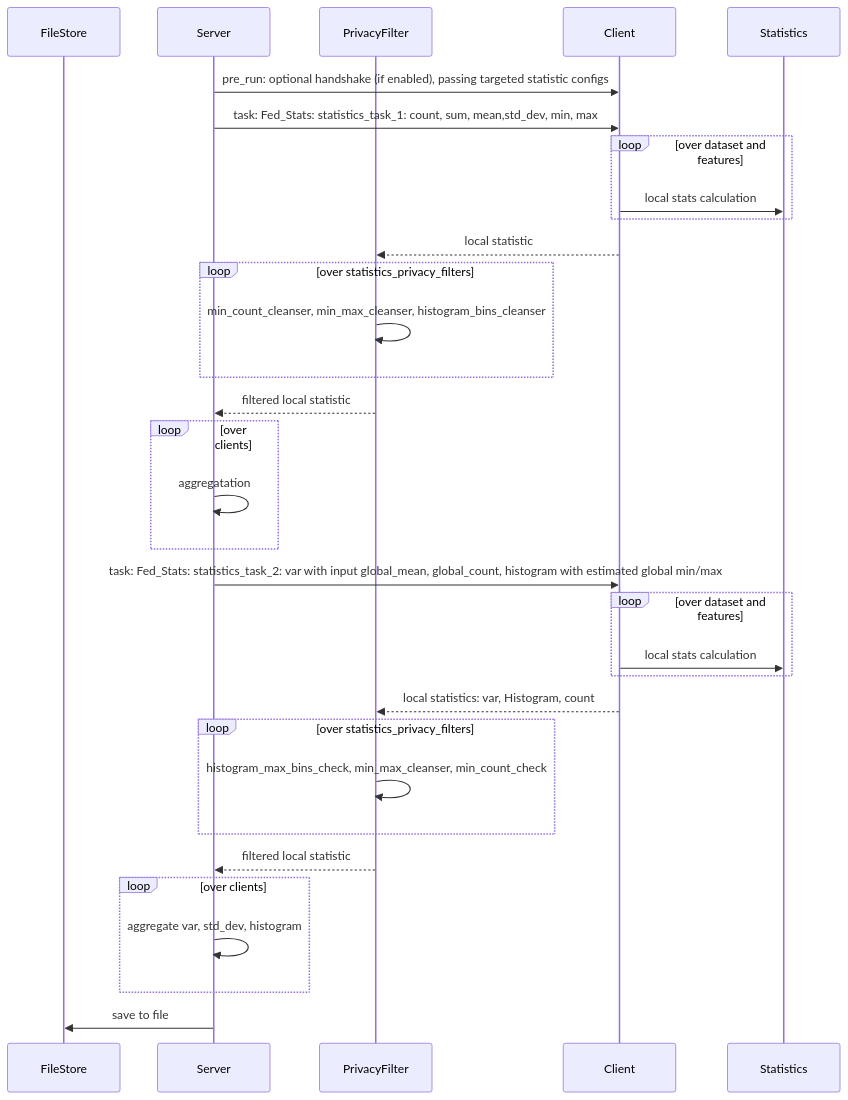
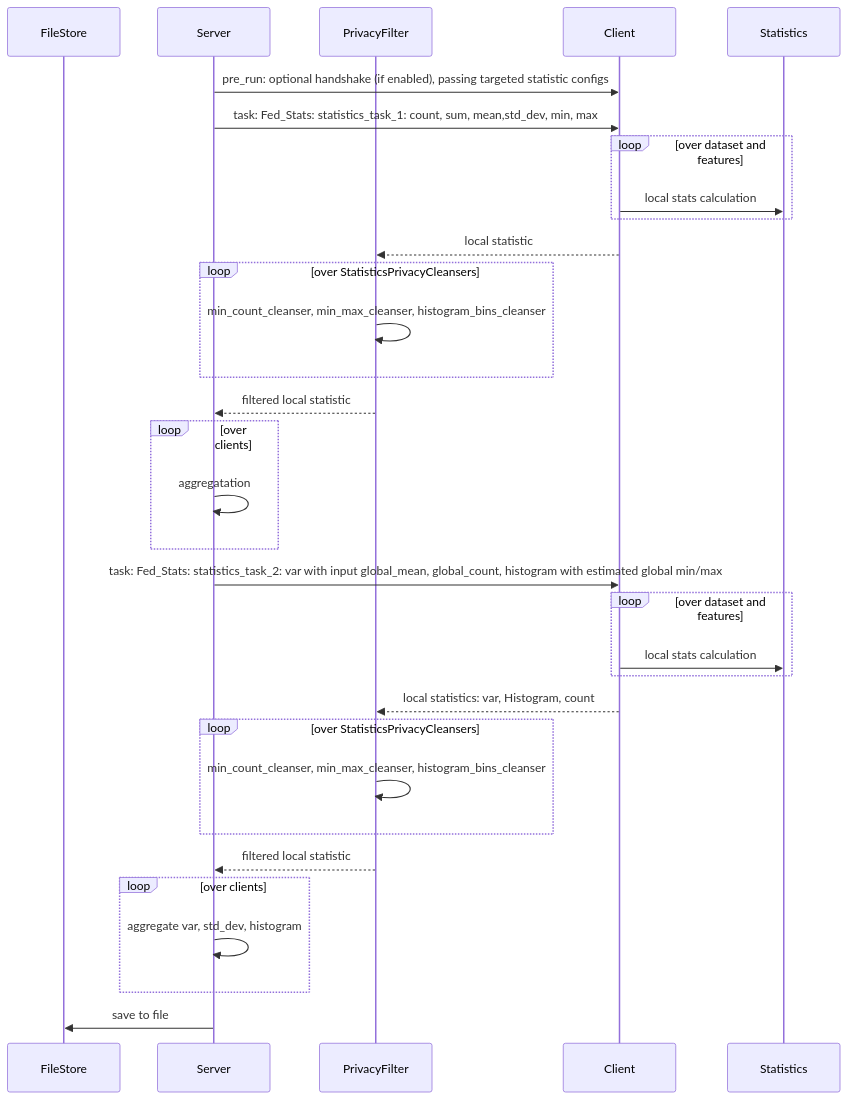
Before and after one commit to NVIDIA/NVFlare: the diagram in examples/federated_statistics/README.md, drawn with Mermaid.

Commit message:
update sequence diagram

````diff
--- a/examples/federated_statistics/README.md
+++ b/examples/federated_statistics/README.md
@@ -28,35 +28,35 @@
 ```mermaid
  
 sequenceDiagram
     participant FileStore
     participant Server
     participant PrivacyFilter
     participant Client
     participant Statistics
     Server->>Client: pre_run: optional handshake (if enabled), passing targeted statistic configs
     Server->>Client: task: Fed_Stats: statistics_task_1: count, sum, mean,std_dev, min, max 
     loop over dataset and features
        Client->>Statistics: local stats calculation
     end
     Client-->>PrivacyFilter: local statistic
-     loop over statistics_privacy_filters
+     loop over StatisticsPrivacyCleansers
         PrivacyFilter->>PrivacyFilter: min_count_cleanser, min_max_cleanser, histogram_bins_cleanser
     end
     PrivacyFilter-->>Server: filtered local statistic
     loop over clients
         Server->>Server: aggregatation
     end
     Server->>Client:  task: Fed_Stats: statistics_task_2: var with input global_mean, global_count, histogram with estimated global min/max
     loop over dataset and features
        Client->>Statistics: local stats calculation
     end
     Client-->>PrivacyFilter: local statistics: var, Histogram, count
-    loop over statistics_privacy_filters
-        PrivacyFilter->>PrivacyFilter: histogram_max_bins_check, min_max_cleanser, min_count_check
+    loop over StatisticsPrivacyCleansers
+         PrivacyFilter->>PrivacyFilter: min_count_cleanser, min_max_cleanser, histogram_bins_cleanser
     end
     PrivacyFilter-->>Server: filtered local statistic    
     loop over clients
         Server->>Server: aggregate var, std_dev, histogram
     end
     Server->>FileStore: save to file
 ```
````
